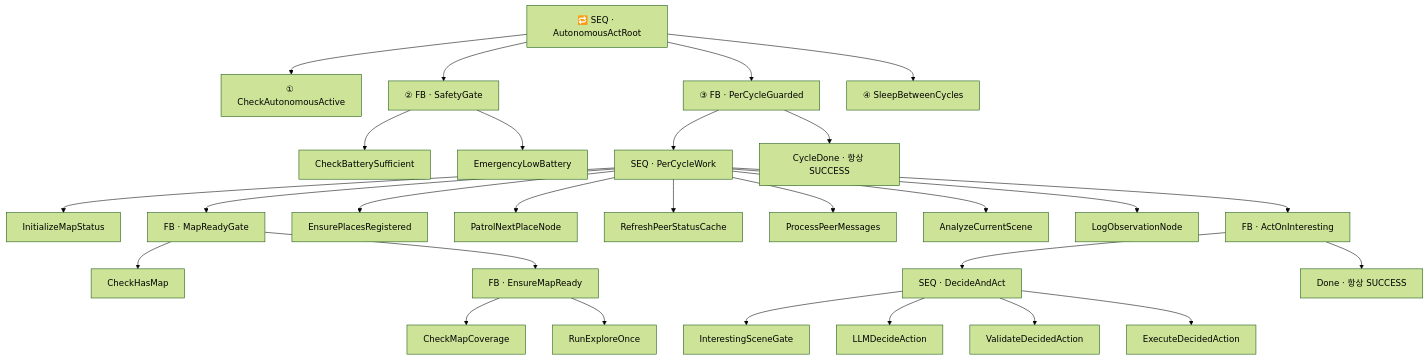
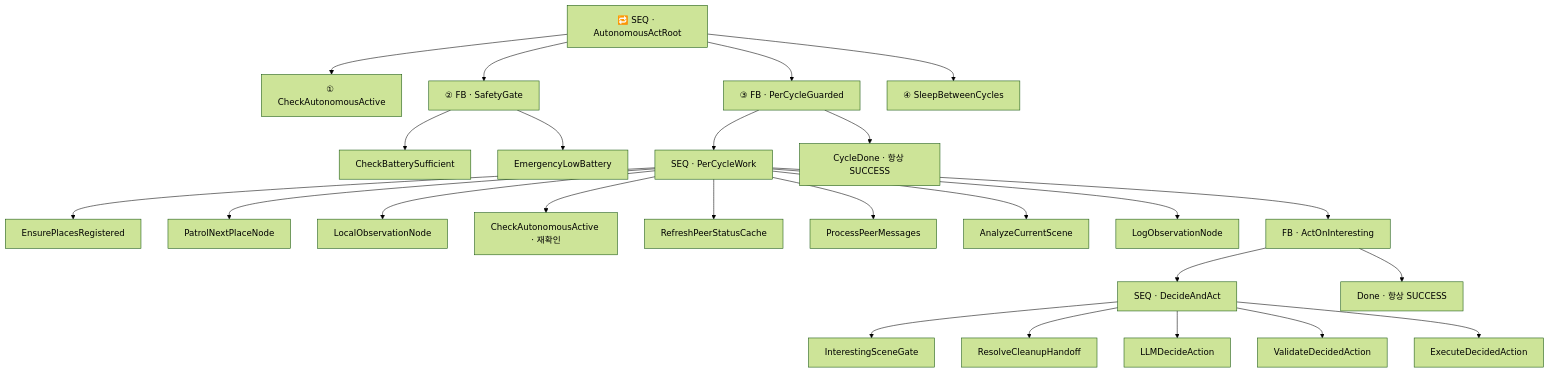
Before and after one commit to Open-Edge-Robotics/A.RobotAI-Robot-RoboClaw: the first of 5 diagrams in docs/behavior-tree/02-autonomous-act.md, drawn with Mermaid (forest theme). The commit also changed other lines of this file and 7 other files, not shown here.

````diff
--- a/docs/behavior-tree/02-autonomous-act.md
+++ b/docs/behavior-tree/02-autonomous-act.md
@@ -35,36 +36,32 @@
 ```mermaid
 flowchart TB
     Root["🔁 SEQ · AutonomousActRoot"]
     Root --> N1["① CheckAutonomousActive"]
     Root --> N2["② FB · SafetyGate"]
     Root --> N3["③ FB · PerCycleGuarded"]
     Root --> N4["④ SleepBetweenCycles"]
 
     N2 --> S1["CheckBatterySufficient"]
     N2 --> S2["EmergencyLowBattery"]
 
     N3 --> P1["SEQ · PerCycleWork"]
     N3 --> P2["CycleDone · 항상 SUCCESS"]
 
-    P1 --> W1["InitializeMapStatus"]
-    P1 --> W2["FB · MapReadyGate"]
-    P1 --> W3["EnsurePlacesRegistered"]
-    P1 --> W4["PatrolNextPlaceNode"]
+    P1 --> W1["EnsurePlacesRegistered"]
+    P1 --> W2["PatrolNextPlaceNode"]
+    P1 --> W3["LocalObservationNode"]
+    P1 --> W4["CheckAutonomousActive · 재확인"]
     P1 --> W5["RefreshPeerStatusCache"]
     P1 --> W6["ProcessPeerMessages"]
     P1 --> W7["AnalyzeCurrentScene"]
     P1 --> W8["LogObservationNode"]
     P1 --> W9["FB · ActOnInteresting"]
 
-    W2 --> M1["CheckHasMap"]
-    W2 --> M2["FB · EnsureMapReady"]
-    M2 --> M3["CheckMapCoverage"]
-    M2 --> M4["RunExploreOnce"]
-
     W9 --> A1["SEQ · DecideAndAct"]
     W9 --> A2["Done · 항상 SUCCESS"]
     A1 --> D1["InterestingSceneGate"]
-    A1 --> D2["LLMDecideAction"]
-    A1 --> D3["ValidateDecidedAction"]
-    A1 --> D4["ExecuteDecidedAction"]
+    A1 --> D2["ResolveCleanupHandoff"]
+    A1 --> D3["LLMDecideAction"]
+    A1 --> D4["ValidateDecidedAction"]
+    A1 --> D5["ExecuteDecidedAction"]
 ```
````
